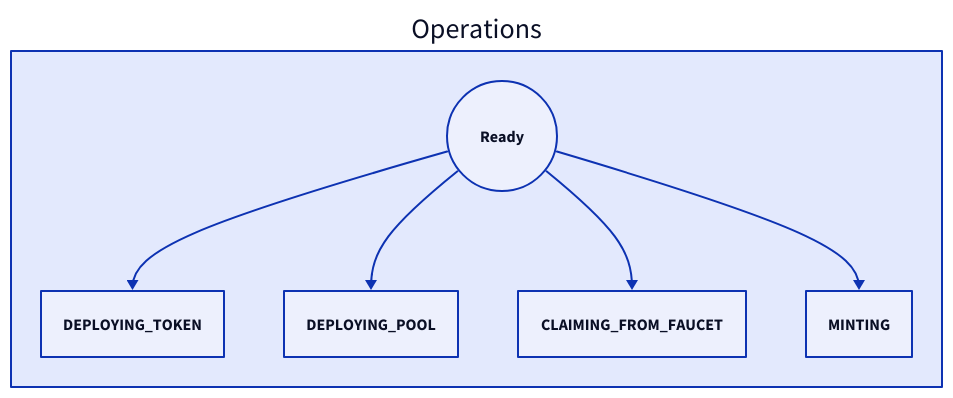
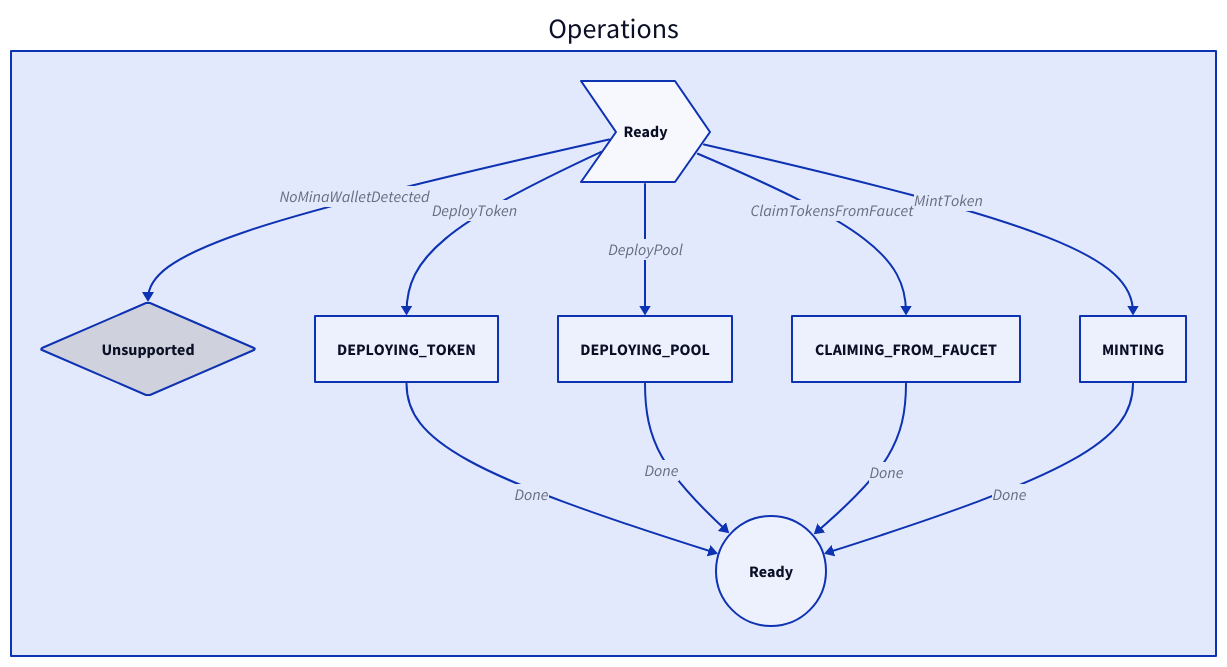
Before and after one commit to Lumina-DEX/lumina: the fourth of 7 diagrams in packages/sdk/docs/guide/core-concepts.md, drawn with D2. The commit also changed other lines of this file and 10 other files, not shown here.

````diff
--- a/packages/sdk/docs/guide/core-concepts.md
+++ b/packages/sdk/docs/guide/core-concepts.md
@@ -112,19 +130,31 @@
 ```d2
 direction: down
 
 style: {
   fill: transparent
 }
 
   
 Operations {
   READY: Ready {
+    shape: step
+  }
+  UNSUPPORTED: Unsupported {
+    shape: diamond
+  }
+  SUCCESS: Ready{
     shape: circle
   }
 
-  Ready -> DEPLOYING_TOKEN
-  Ready -> DEPLOYING_POOL
-  Ready -> CLAIMING_FROM_FAUCET
-  Ready -> MINTING
+  Ready -> DEPLOYING_TOKEN: DeployToken
+  Ready -> DEPLOYING_POOL: DeployPool
+  Ready -> CLAIMING_FROM_FAUCET: ClaimTokensFromFaucet
+  Ready -> MINTING: MintToken
+  Ready -> UNSUPPORTED: NoMinaWalletDetected
+
+  DEPLOYING_TOKEN -> SUCCESS: Done
+  DEPLOYING_POOL -> SUCCESS: Done
+  CLAIMING_FROM_FAUCET -> SUCCESS: Done
+  MINTING -> SUCCESS: Done
 }
 ```
````
